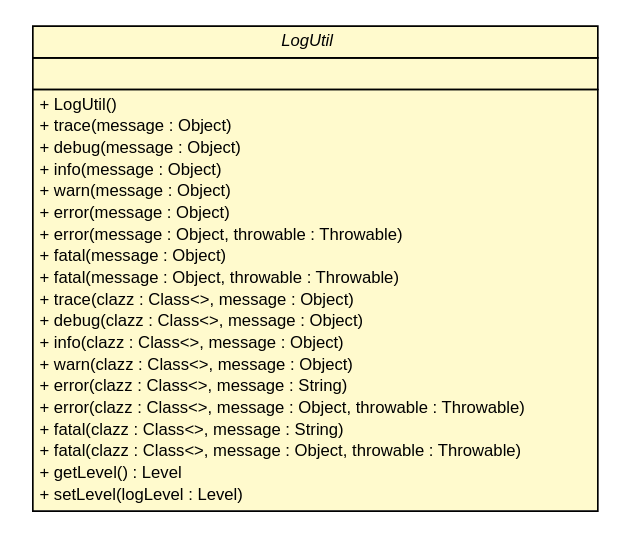
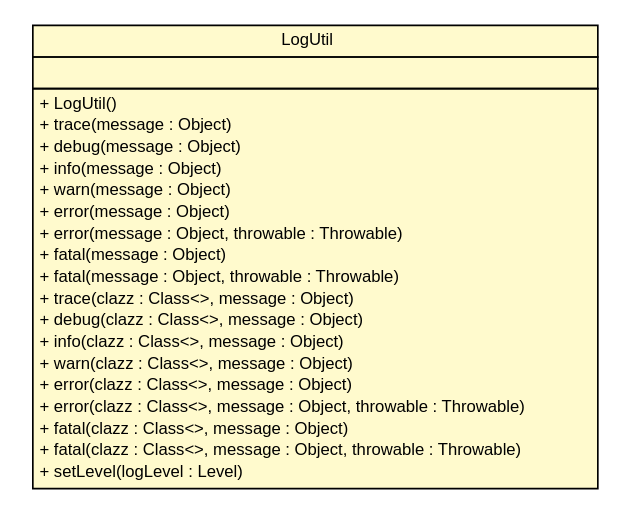
One commit to pcross616/lf-osc-proxy changed the diagram in apidocs/com/xley/lfosc/util/LogUtil.dot. Above: the diagram before and after it, drawn with Graphviz. The commit also changed 400 other files, not shown here.

```diff
--- a/apidocs/com/xley/lfosc/util/LogUtil.dot
+++ b/apidocs/com/xley/lfosc/util/LogUtil.dot
@@ -1,42 +1,41 @@
 #!/usr/local/bin/dot
 #
 # Class diagram 
 # Generated by UMLGraph version R5_6 (http://www.umlgraph.org/)
 #
 
 digraph G {
 	edge [fontname="Helvetica",fontsize=10,labelfontname="Helvetica",labelfontsize=10];
 	node [fontname="Helvetica",fontsize=10,shape=plaintext];
 	nodesep=0.25;
 	ranksep=0.5;
 	// com.xley.lfosc.util.LogUtil
-	c743 [label=<<table title="com.xley.lfosc.util.LogUtil" border="0" cellborder="1" cellspacing="0" cellpadding="2" port="p" bgcolor="lemonChiffon" href="./LogUtil.html">
+	c52 [label=<<table title="com.xley.lfosc.util.LogUtil" border="0" cellborder="1" cellspacing="0" cellpadding="2" port="p" bgcolor="lemonChiffon" href="./LogUtil.html">
 		<tr><td><table border="0" cellspacing="0" cellpadding="1">
-<tr><td align="center" balign="center"><font face="Helvetica-Oblique"> LogUtil </font></td></tr>
+<tr><td align="center" balign="center"> LogUtil </td></tr>
 		</table></td></tr>
 		<tr><td><table border="0" cellspacing="0" cellpadding="1">
 <tr><td align="left" balign="left">  </td></tr>
 		</table></td></tr>
 		<tr><td><table border="0" cellspacing="0" cellpadding="1">
 <tr><td align="left" balign="left"> + LogUtil() </td></tr>
 <tr><td align="left" balign="left"> + trace(message : Object) </td></tr>
 <tr><td align="left" balign="left"> + debug(message : Object) </td></tr>
 <tr><td align="left" balign="left"> + info(message : Object) </td></tr>
 <tr><td align="left" balign="left"> + warn(message : Object) </td></tr>
 <tr><td align="left" balign="left"> + error(message : Object) </td></tr>
 <tr><td align="left" balign="left"> + error(message : Object, throwable : Throwable) </td></tr>
 <tr><td align="left" balign="left"> + fatal(message : Object) </td></tr>
 <tr><td align="left" balign="left"> + fatal(message : Object, throwable : Throwable) </td></tr>
 <tr><td align="left" balign="left"> + trace(clazz : Class&lt;&gt;, message : Object) </td></tr>
 <tr><td align="left" balign="left"> + debug(clazz : Class&lt;&gt;, message : Object) </td></tr>
 <tr><td align="left" balign="left"> + info(clazz : Class&lt;&gt;, message : Object) </td></tr>
 <tr><td align="left" balign="left"> + warn(clazz : Class&lt;&gt;, message : Object) </td></tr>
-<tr><td align="left" balign="left"> + error(clazz : Class&lt;&gt;, message : String) </td></tr>
+<tr><td align="left" balign="left"> + error(clazz : Class&lt;&gt;, message : Object) </td></tr>
 <tr><td align="left" balign="left"> + error(clazz : Class&lt;&gt;, message : Object, throwable : Throwable) </td></tr>
-<tr><td align="left" balign="left"> + fatal(clazz : Class&lt;&gt;, message : String) </td></tr>
+<tr><td align="left" balign="left"> + fatal(clazz : Class&lt;&gt;, message : Object) </td></tr>
 <tr><td align="left" balign="left"> + fatal(clazz : Class&lt;&gt;, message : Object, throwable : Throwable) </td></tr>
-<tr><td align="left" balign="left"> + getLevel() : Level </td></tr>
 <tr><td align="left" balign="left"> + setLevel(logLevel : Level) </td></tr>
 		</table></td></tr>
 		</table>>, URL="./LogUtil.html", fontname="Helvetica", fontcolor="black", fontsize=10.0];
 }
```
